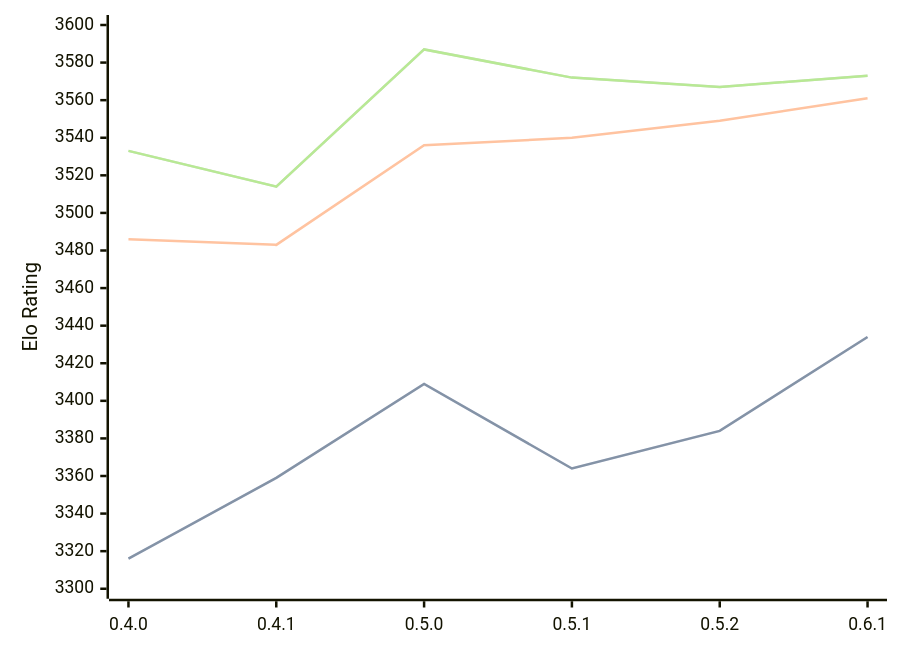
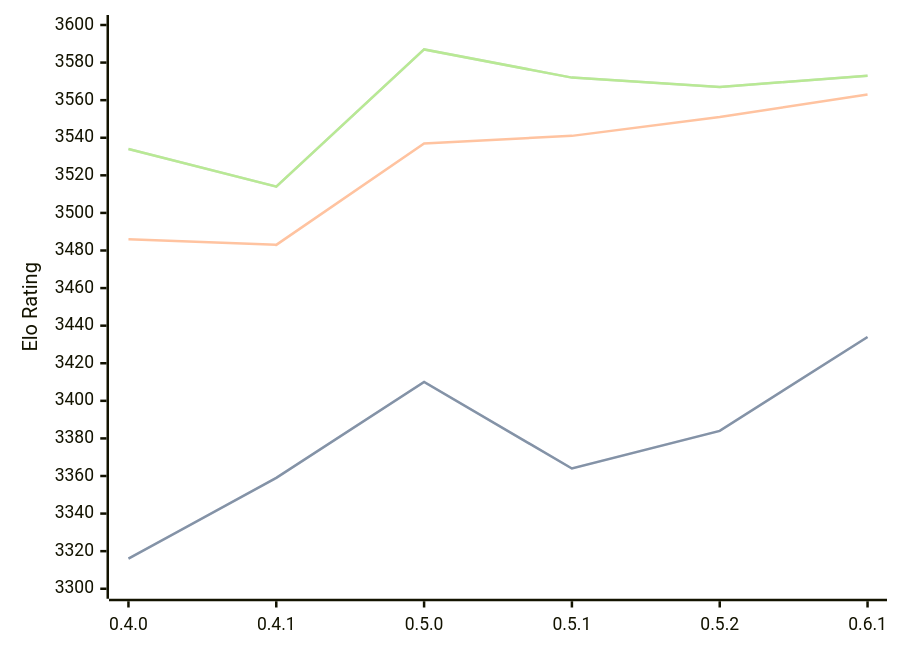
The diagram in engines/Cinder.md (computer-chess-index/cci), drawn with Mermaid before and after one commit. The commit also changed other lines of this file, not shown here.

Commit message:
Update CCI Ratings (ELO VLTC) - 2026-09-18

````diff
--- a/engines/Cinder.md
+++ b/engines/Cinder.md
@@ -37,11 +37,11 @@
 ```mermaid
 %%{init: {"theme":"base","themeVariables":{"seriesColors:['#a3a3a3','#222221','#faa371']}}}%%
 xychart-beta
   x-axis ["0.4.0", "0.4.1", "0.5.0", "0.5.1", "0.5.2", "0.6.1"]
   y-axis "Elo Rating" 3300 --> 3600
-  line "" [3316, 3359, 3409, 3364, 3384, 3434]
-  line "STC (8.0+0.08s)" [3316, 3359, 3409, 3364, 3384, 3434]
-  line "LTC (60.0+0.60s)" [3486, 3483, 3536, 3540, 3549, 3561]
-  line "" [3533, 3514, 3587, 3572, 3567, 3573]
-  line "VLTC (2m24s+1.12s)" [3533, 3514, 3587, 3572, 3567, 3573]
+  line "" [3316, 3359, 3410, 3364, 3384, 3434]
+  line "STC (8.0+0.08s)" [3316, 3359, 3410, 3364, 3384, 3434]
+  line "LTC (60.0+0.60s)" [3486, 3483, 3537, 3541, 3551, 3563]
+  line "" [3534, 3514, 3587, 3572, 3567, 3573]
+  line "VLTC (2m24s+1.12s)" [3534, 3514, 3587, 3572, 3567, 3573]
 ```
````
